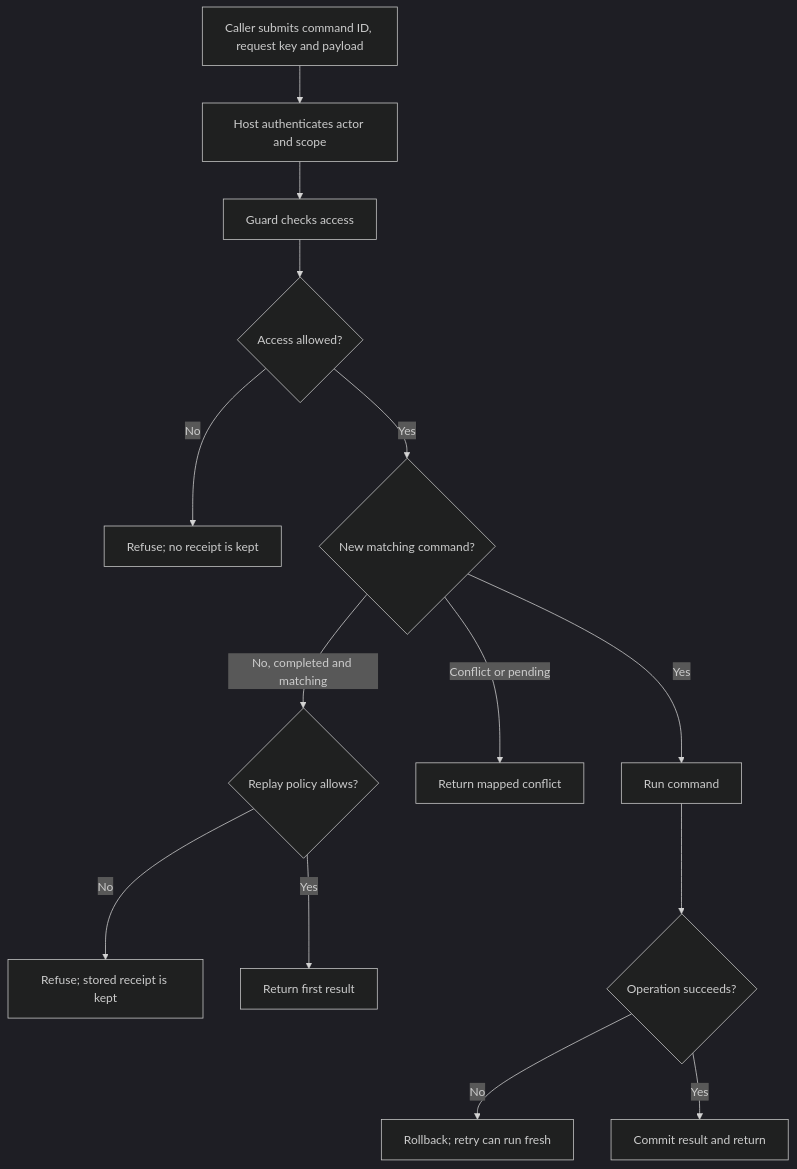
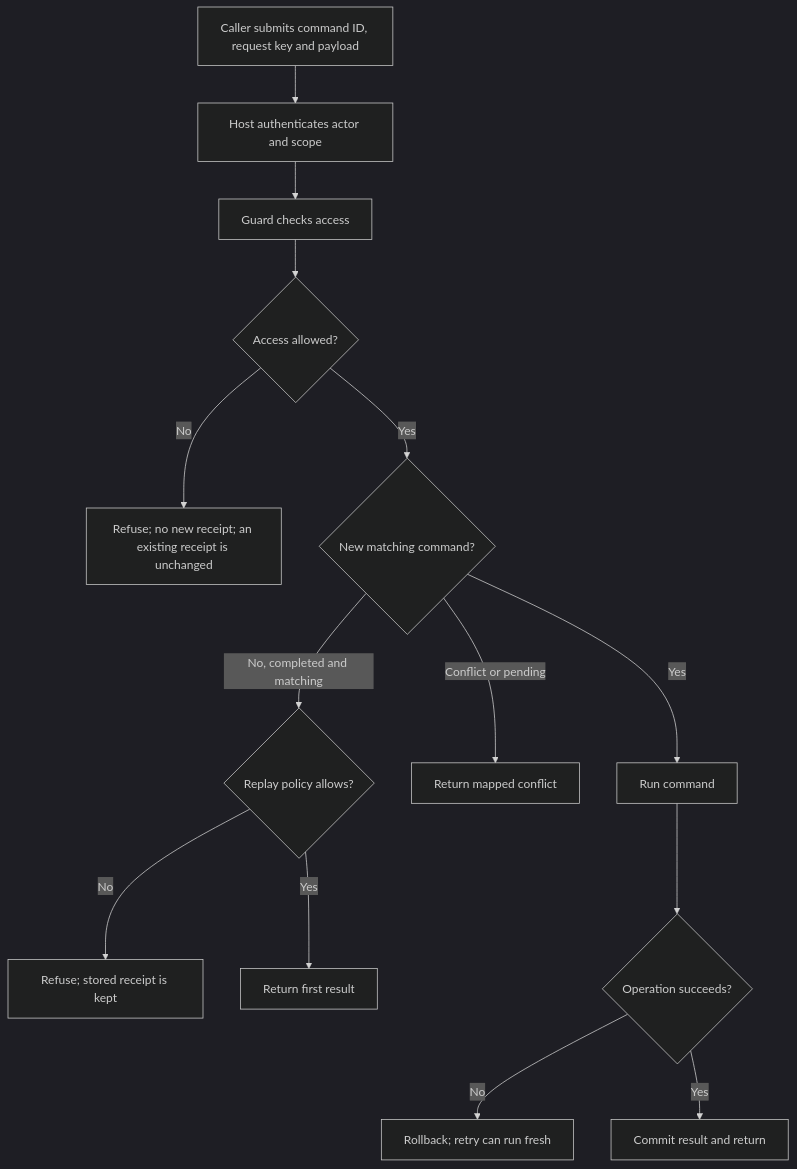
One commit to Kevinjohn/oss-adonisjs-duplicate-request-guard changed the first of 2 diagrams in user-stories/US-GUARD-01-execute-command.md. Above: the diagram before and after it, drawn with Mermaid (dark theme). The commit also changed other lines of this file and 1 other file, not shown here.

Commit message:
documentation: correct user stories after second review

````diff
--- a/user-stories/US-GUARD-01-execute-command.md
+++ b/user-stories/US-GUARD-01-execute-command.md
@@ -29,16 +29,16 @@
 ```mermaid
 flowchart TD
     A["Caller submits command ID, request key and payload"] --> B["Host authenticates actor and scope"]
     B --> C["Guard checks access"]
     C --> C2{"Access allowed?"}
-    C2 -->|No| C3["Refuse; no receipt is kept"]
+    C2 -->|No| C3["Refuse; no new receipt; an existing receipt is unchanged"]
     C2 -->|Yes| D{"New matching command?"}
     D -->|No, completed and matching| R{"Replay policy allows?"}
     R -->|No| R2["Refuse; stored receipt is kept"]
     R -->|Yes| E["Return first result"]
     D -->|Conflict or pending| F["Return mapped conflict"]
     D -->|Yes| G["Run command"]
     G --> H{"Operation succeeds?"}
     H -->|No| I["Rollback; retry can run fresh"]
     H -->|Yes| J["Commit result and return"]
 ```
````
